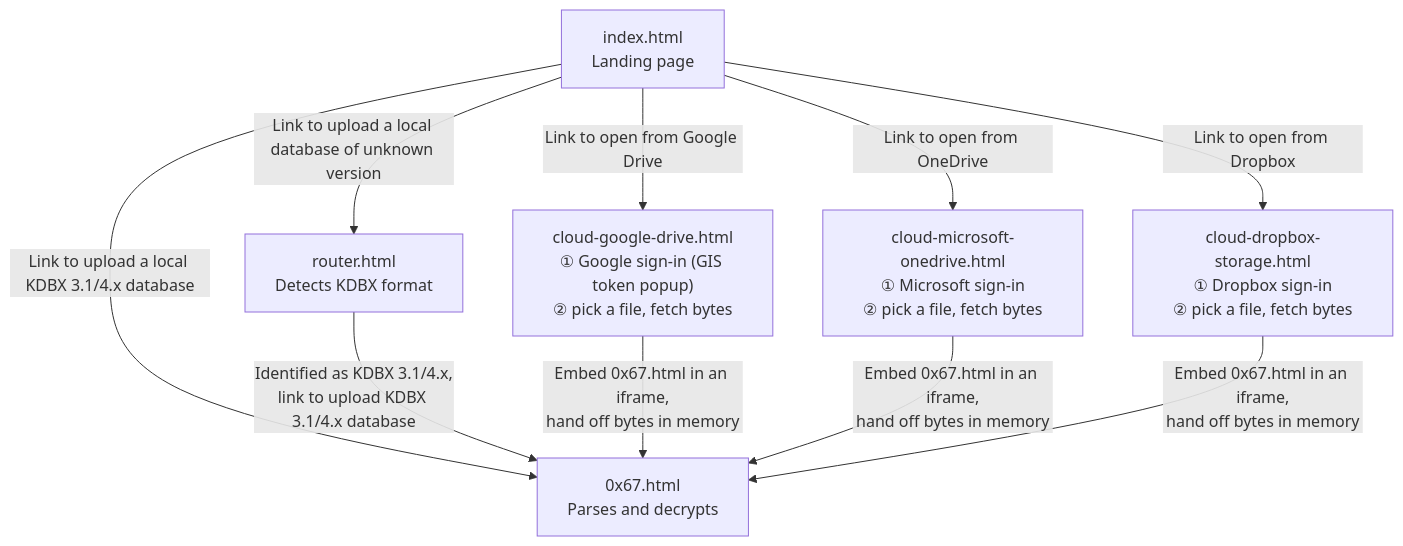
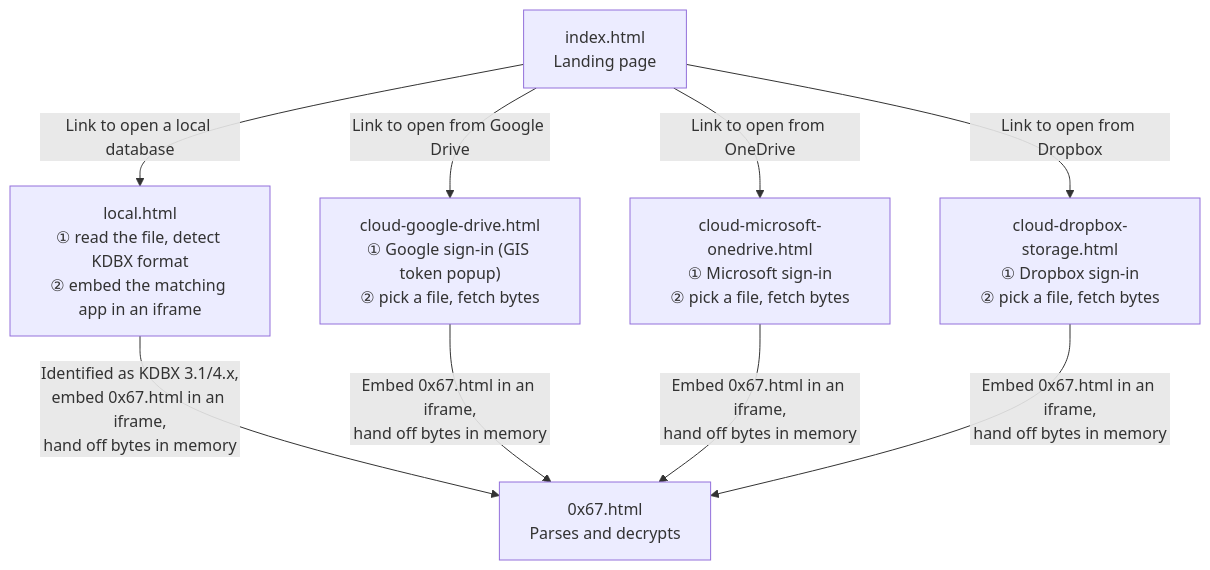
Before and after one commit to keepass-web/source-application: the diagram in docs/PAGES.md, drawn with Mermaid. The commit also changed other lines of this file and 6 other files, not shown here.

````diff
--- a/docs/PAGES.md
+++ b/docs/PAGES.md
@@ -18,16 +18,15 @@
 ```mermaid
 flowchart TD
     INDEX["index.html<br/>Landing page"]
 
-    INDEX -->|"Link to upload a local database of unknown version"| ROUTER["router.html<br/>Detects KDBX format"]
-    INDEX -->|"Link to upload a local KDBX 3.1/4.x database"| APP["0x67.html<br/>Parses and decrypts"]
-    ROUTER -->|"Identified as KDBX 3.1/4.x,<br/>link to upload KDBX 3.1/4.x database"| APP
+    INDEX -->|"Link to open a local database"| LOCAL["local.html<br/>① read the file, detect KDBX format<br/>② embed the matching app in an iframe"]
+    LOCAL -->|"Identified as KDBX 3.1/4.x,<br/>embed 0x67.html in an iframe,<br/>hand off bytes in memory"| APP["0x67.html<br/>Parses and decrypts"]
 
     INDEX -->|"Link to open from Google Drive"| DRIVE["cloud-google-drive.html<br/>① Google sign-in (GIS token popup)<br/>② pick a file, fetch bytes"]
     INDEX -->|"Link to open from OneDrive"| ONEDRIVE["cloud-microsoft-onedrive.html<br/>① Microsoft sign-in<br/>② pick a file, fetch bytes"]
     INDEX -->|"Link to open from Dropbox"| DROPBOX["cloud-dropbox-storage.html<br/>① Dropbox sign-in<br/>② pick a file, fetch bytes"]
 
     DRIVE -->|"Embed 0x67.html in an iframe,<br/>hand off bytes in memory"| APP
     ONEDRIVE -->|"Embed 0x67.html in an iframe,<br/>hand off bytes in memory"| APP
     DROPBOX -->|"Embed 0x67.html in an iframe,<br/>hand off bytes in memory"| APP
 ```
````
